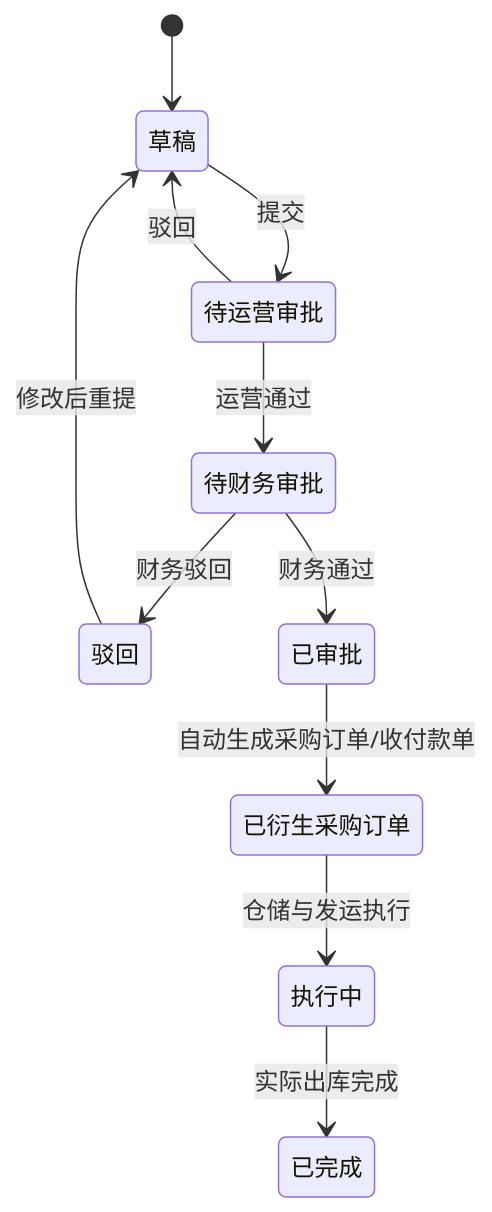
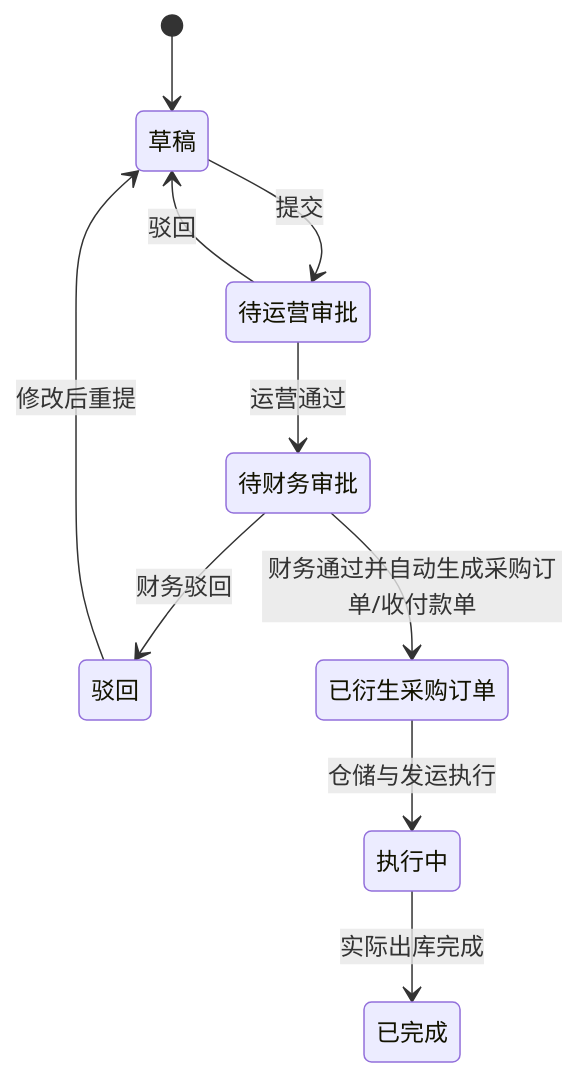
The ninth of 12 diagrams in docs/V6阶段A-流程图状态机与UI原型清单.md (nancyxjp2019/jgport-supply), drawn with Mermaid before and after one commit. The commit also changed other lines of this file and 21 other files, not shown here.

````diff
--- a/docs/V6阶段A-流程图状态机与UI原型清单.md
+++ b/docs/V6阶段A-流程图状态机与UI原型清单.md
@@ -169,13 +169,12 @@
 ```mermaid
 stateDiagram-v2
     [*] --> 草稿
     草稿 --> 待运营审批: 提交
     待运营审批 --> 草稿: 驳回
     待运营审批 --> 待财务审批: 运营通过
     待财务审批 --> 驳回: 财务驳回
-    待财务审批 --> 已审批: 财务通过
-    已审批 --> 已衍生采购订单: 自动生成采购订单/收付款单
+    待财务审批 --> 已衍生采购订单: 财务通过并自动生成采购订单/收付款单
     已衍生采购订单 --> 执行中: 仓储与发运执行
     执行中 --> 已完成: 实际出库完成
     驳回 --> 草稿: 修改后重提
 ```
````
